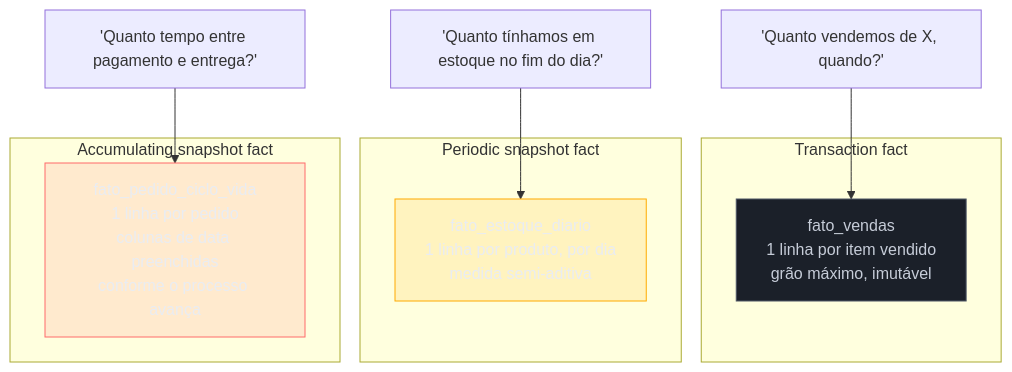
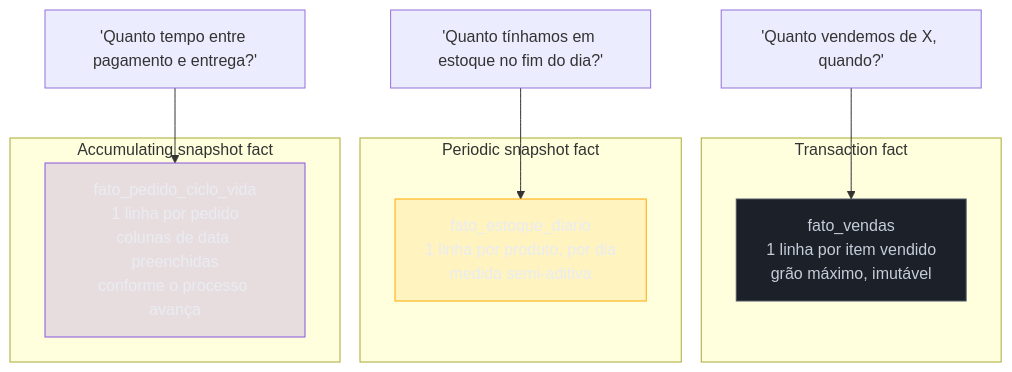
Before and after one commit to josenaldo/codex-technomanticus: the second of 3 diagrams in 03-Dominios/Engenharia/Dados/2 - Modelagem para analytics/03 - Star vs snowflake e tipos de fato.md, drawn with Mermaid. The commit also changed 601 other files, not shown here.

````diff
--- a/03-Dominios/Engenharia/Dados/2 - Modelagem para analytics/03 - Star vs snowflake e tipos de fato.md
+++ b/03-Dominios/Engenharia/Dados/2 - Modelagem para analytics/03 - Star vs snowflake e tipos de fato.md
@@ -200,23 +200,23 @@
 ```mermaid
 graph TB
+    classDef marca fill:#8855DF33,stroke:#8855DF,color:#E9ECF2
     classDef neutro fill:#1B2029,stroke:#4E5666,color:#C6CCD8
     classDef destaque fill:#FFAA0024,stroke:#FFAA00,color:#E9ECF2
-    classDef falha fill:#FF6B6B24,stroke:#FF6B6B,color:#E9ECF2
     subgraph T["Transaction fact"]
         T1["fato_vendas<br/>1 linha por item vendido<br/>grão máximo, imutável"]
     end
     subgraph P["Periodic snapshot fact"]
         P1["fato_estoque_diario<br/>1 linha por produto, por dia<br/>medida semi-aditiva"]
     end
     subgraph A["Accumulating snapshot fact"]
         A1["fato_pedido_ciclo_vida<br/>1 linha por pedido<br/>colunas de data preenchidas<br/>conforme o processo avança"]
     end
 
     Pergunta1["'Quanto vendemos de X, quando?'"] --> T1
     Pergunta2["'Quanto tínhamos em estoque no fim do dia?'"] --> P1
     Pergunta3["'Quanto tempo entre pagamento e entrega?'"] --> A1
 
     class T1 neutro
     class P1 destaque
-    class A1 falha
+    class A1 marca
 ```
````
